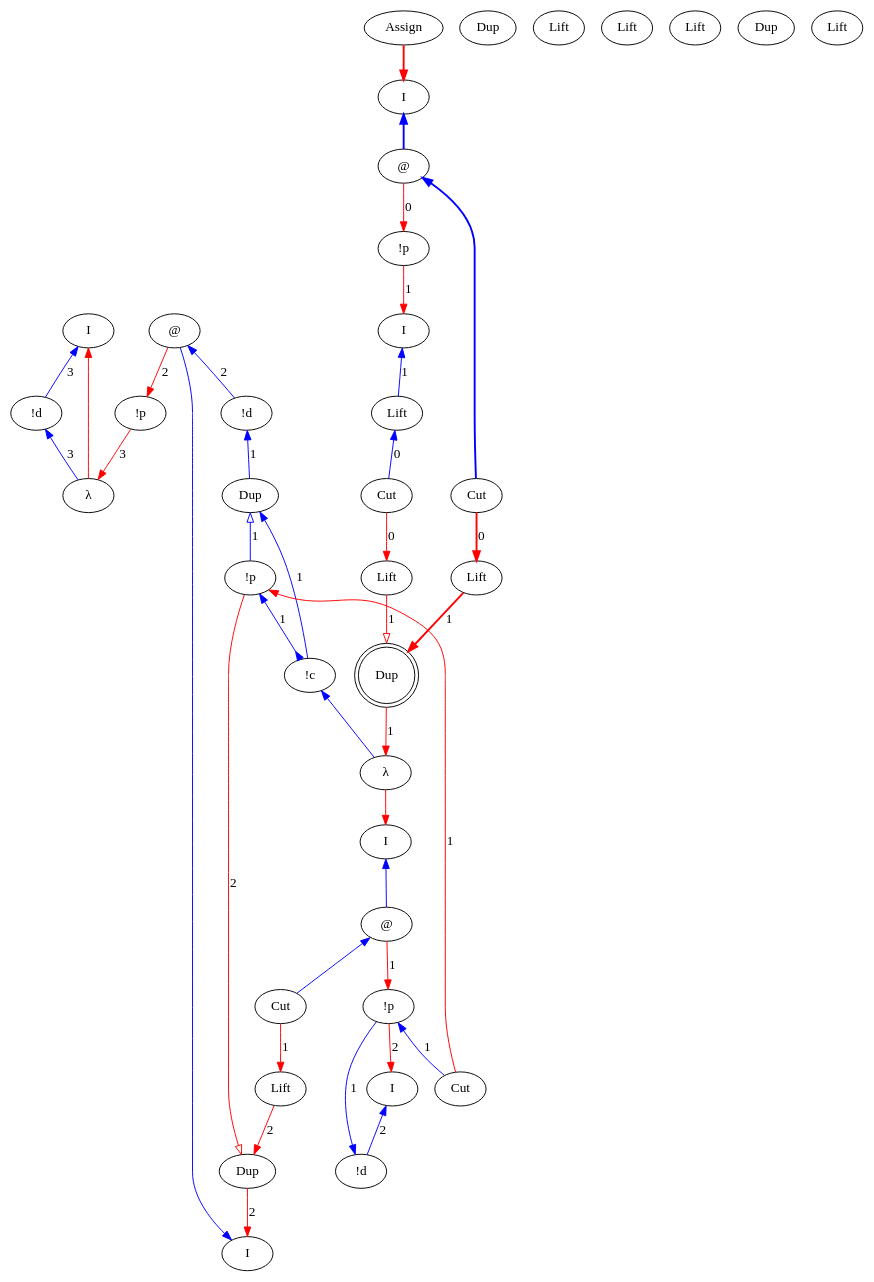
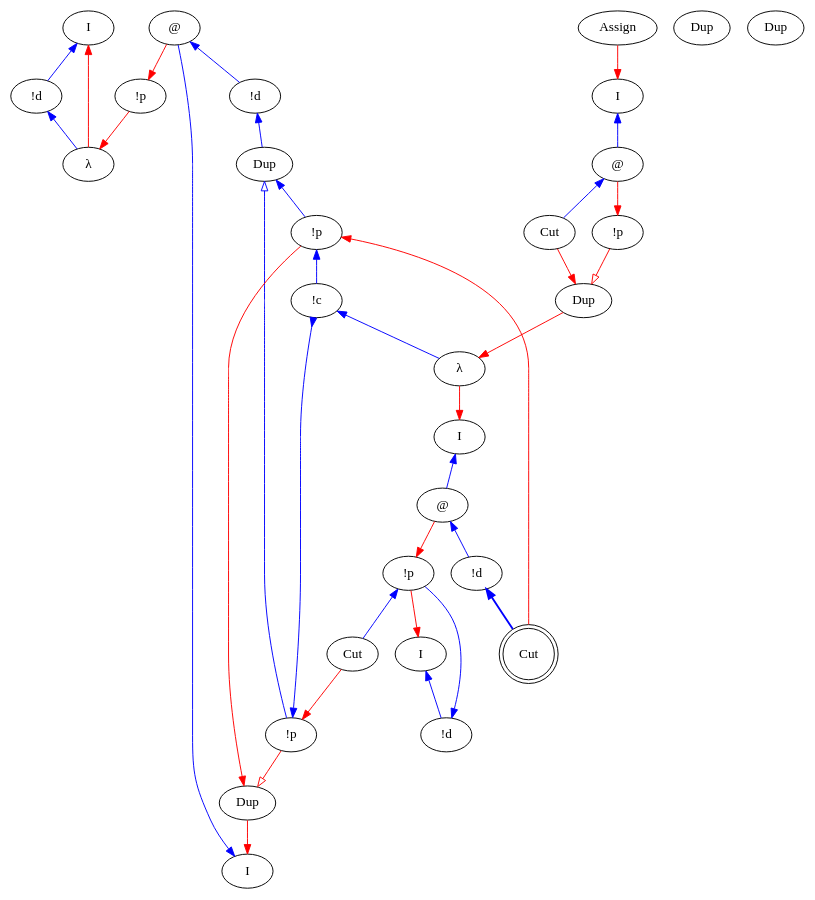
The diagram in src/core/graphs/example_m_13_l.dot (Mathnerd314/stroscot), drawn with Graphviz before and after one commit. The commit also changed 88 other files, not shown here.

```diff
--- a/src/core/graphs/example_m_13_l.dot
+++ b/src/core/graphs/example_m_13_l.dot
@@ -1,77 +1,66 @@
 digraph {
 rankdir="TB"
 "I0" [label="I"]
 "!d1" [label="!d"]
 "λ2" [label="λ"]
 "!p3" [label="!p"]
 "I4" [label="I"]
 "@5" [label="@"]
 "!d6" [label="!d"]
 "I7" [label="I"]
 "!d8" [label="!d"]
 "!p9" [label="!p"]
 "I10" [label="I"]
 "@11" [label="@"]
-"λ12" [label="λ"]
-"I13" [label="I"]
+"!d12" [label="!d"]
+"λ13" [label="λ"]
 "I14" [label="I"]
 "@15" [label="@"]
 "Assign16" [label="Assign"]
 "Dup17" [label="Dup"]
-"Dup18" [label="Dup",shape=doublecircle]
+"Dup18" [label="Dup"]
 "Cut19" [label="Cut"]
-"Lift20" [label="Lift"]
-"Lift21" [label="Lift"]
-"!p22" [label="!p"]
-"Cut23" [label="Cut"]
-"Lift24" [label="Lift"]
-"Lift25" [label="Lift"]
-"Lift26" [label="Lift"]
-"Lift27" [label="Lift"]
-"Dup28" [label="Dup"]
-"Dup29" [label="Dup"]
-"Dup30" [label="Dup"]
-"!p31" [label="!p"]
-"Cut32" [label="Cut"]
-"!c33" [label="!c"]
-"Cut34" [label="Cut"]
-"Lift35" [label="Lift"]
-"Lift36" [label="Lift"]
-"!p31" -> "!c33"[color=blue,weight=1,tooltip="h116",label="1",arrowtail=normal,arrowhead=inv,dir=both]
-"!c33" -> "λ12"[color=blue,weight=1,tooltip="h34",arrowtail=normal,arrowhead=none,dir=both]
-"Dup30" -> "!c33"[color=blue,weight=1,tooltip="hf107",label="1",arrowtail=normal,arrowhead=none,dir=both]
-"Dup30" -> "!p31"[color=blue,weight=1,tooltip="hf113",label="1",arrowtail=onormal,arrowhead=none,dir=both]
-"!d6" -> "Dup30"[color=blue,weight=1,tooltip="hf65",label="1",arrowtail=normal,arrowhead=none,dir=both]
-"!d1" -> "λ2"[color=blue,weight=1,tooltip="i81",label="3",arrowtail=normal,arrowhead=none,dir=both]
-"I0" -> "!d1"[color=blue,weight=1,tooltip="iret84",label="3",arrowtail=normal,arrowhead=none,dir=both]
-"I14" -> "@15"[color=blue,weight=1,tooltip="lret19",arrowtail=normal,arrowhead=none,penwidth=2,dir=both]
+"!p20" [label="!p"]
+"Dup21" [label="Dup"]
+"Dup22" [label="Dup"]
+"Dup23" [label="Dup"]
+"!p24" [label="!p"]
+"!p25" [label="!p"]
+"Cut26" [label="Cut",shape=doublecircle]
+"Cut27" [label="Cut"]
+"!c28" [label="!c"]
+"!p24" -> "!c28"[color=blue,weight=1,tooltip="h110",arrowtail=normal,arrowhead=none,dir=both]
+"!p25" -> "!c28"[color=blue,weight=1,tooltip="h116",arrowtail=normal,arrowhead=inv,dir=both]
+"!c28" -> "λ13"[color=blue,weight=1,tooltip="h34",arrowtail=normal,arrowhead=none,dir=both]
+"Dup23" -> "!p24"[color=blue,weight=1,tooltip="hf107",arrowtail=normal,arrowhead=none,dir=both]
+"Dup23" -> "!p25"[color=blue,weight=1,tooltip="hf113",arrowtail=onormal,arrowhead=none,dir=both]
+"!d6" -> "Dup23"[color=blue,weight=1,tooltip="hf65",arrowtail=normal,arrowhead=none,dir=both]
+"!d1" -> "λ2"[color=blue,weight=1,tooltip="i81",arrowtail=normal,arrowhead=none,dir=both]
+"I0" -> "!d1"[color=blue,weight=1,tooltip="iret84",arrowtail=normal,arrowhead=none,dir=both]
+"I14" -> "@15"[color=blue,weight=1,tooltip="lret19",arrowtail=normal,arrowhead=none,dir=both]
 "I10" -> "@11"[color=blue,weight=1,tooltip="lret53",arrowtail=normal,arrowhead=none,dir=both]
 "I4" -> "@5"[color=blue,weight=1,tooltip="lret75",arrowtail=normal,arrowhead=none,dir=both]
-"@15" -> "Cut19"[color=blue,weight=1,tooltip="lval14",arrowtail=normal,arrowhead=none,penwidth=2,dir=both]
-"@11" -> "Cut34"[color=blue,weight=1,tooltip="lval48",arrowtail=normal,arrowhead=none,dir=both]
-"@5" -> "!d6"[color=blue,weight=1,tooltip="lval70",label="2",arrowtail=normal,arrowhead=none,dir=both]
-"Cut32" -> "!p31"[color=red,weight=2,tooltip="newrret117",label="1",arrowhead=normal,arrowtail=none,dir=both]
-"@15" -> "!p22"[color=red,weight=2,tooltip="newrret18",label="0",arrowhead=normal,arrowtail=none,dir=both]
-"@11" -> "!p9"[color=red,weight=2,tooltip="newrret52",label="1",arrowhead=normal,arrowtail=none,dir=both]
-"@5" -> "!p3"[color=red,weight=2,tooltip="newrret74",label="2",arrowhead=normal,arrowtail=none,dir=both]
-"Lift36" -> "Dup29"[color=red,weight=2,tooltip="newrretf108",label="2",arrowhead=normal,arrowtail=none,dir=both]
-"!p31" -> "Dup29"[color=red,weight=2,tooltip="newrretf114",label="2",arrowhead=onormal,arrowtail=none,dir=both]
-"!p22" -> "I13"[color=red,weight=2,tooltip="newrretf23",label="1",arrowhead=normal,arrowtail=none,dir=both]
-"Dup18" -> "λ12"[color=red,weight=2,tooltip="newrretf31",label="1",arrowhead=normal,arrowtail=none,dir=both]
-"!p9" -> "I7"[color=red,weight=2,tooltip="newrretf57",label="2",arrowhead=normal,arrowtail=none,dir=both]
-"Dup29" -> "I4"[color=red,weight=2,tooltip="newrretf66",label="2",arrowhead=normal,arrowtail=none,dir=both]
-"!p3" -> "λ2"[color=red,weight=2,tooltip="newrretf78",label="3",arrowhead=normal,arrowtail=none,dir=both]
-"Lift21" -> "Dup18"[color=red,weight=2,tooltip="newrretf87",label="1",arrowhead=normal,arrowtail=none,penwidth=2,dir=both]
-"Lift27" -> "Dup18"[color=red,weight=2,tooltip="newrretf91",label="1",arrowhead=onormal,arrowtail=none,dir=both]
-"λ12" -> "I10"[color=red,weight=2,tooltip="ret42",arrowhead=normal,arrowtail=none,dir=both]
-"Assign16" -> "I14"[color=red,weight=2,tooltip="ret8",arrowhead=normal,arrowtail=none,penwidth=2,dir=both]
+"@15" -> "Cut19"[color=blue,weight=1,tooltip="lval14",arrowtail=normal,arrowhead=none,dir=both]
+"@11" -> "!d12"[color=blue,weight=1,tooltip="lval48",arrowtail=normal,arrowhead=none,dir=both]
+"@5" -> "!d6"[color=blue,weight=1,tooltip="lval70",arrowtail=normal,arrowhead=none,dir=both]
+"Cut26" -> "!p24"[color=red,weight=2,tooltip="newrret111",arrowhead=normal,arrowtail=none,dir=both]
+"Cut27" -> "!p25"[color=red,weight=2,tooltip="newrret117",arrowhead=normal,arrowtail=none,dir=both]
+"@15" -> "!p20"[color=red,weight=2,tooltip="newrret18",arrowhead=normal,arrowtail=none,dir=both]
+"@11" -> "!p9"[color=red,weight=2,tooltip="newrret52",arrowhead=normal,arrowtail=none,dir=both]
+"@5" -> "!p3"[color=red,weight=2,tooltip="newrret74",arrowhead=normal,arrowtail=none,dir=both]
+"!p24" -> "Dup22"[color=red,weight=2,tooltip="newrretf108",arrowhead=normal,arrowtail=none,dir=both]
+"!p25" -> "Dup22"[color=red,weight=2,tooltip="newrretf114",arrowhead=onormal,arrowtail=none,dir=both]
+"Dup18" -> "λ13"[color=red,weight=2,tooltip="newrretf31",arrowhead=normal,arrowtail=none,dir=both]
+"!p9" -> "I7"[color=red,weight=2,tooltip="newrretf57",arrowhead=normal,arrowtail=none,dir=both]
+"Dup22" -> "I4"[color=red,weight=2,tooltip="newrretf66",arrowhead=normal,arrowtail=none,dir=both]
+"!p3" -> "λ2"[color=red,weight=2,tooltip="newrretf78",arrowhead=normal,arrowtail=none,dir=both]
+"Cut19" -> "Dup18"[color=red,weight=2,tooltip="newrretf87",arrowhead=normal,arrowtail=none,dir=both]
+"!p20" -> "Dup18"[color=red,weight=2,tooltip="newrretf91",arrowhead=onormal,arrowtail=none,dir=both]
+"λ13" -> "I10"[color=red,weight=2,tooltip="ret42",arrowhead=normal,arrowtail=none,dir=both]
+"Assign16" -> "I14"[color=red,weight=2,tooltip="ret8",arrowhead=normal,arrowtail=none,dir=both]
 "λ2" -> "I0"[color=red,weight=2,tooltip="ret82",arrowhead=normal,arrowtail=none,dir=both]
-"Lift26" -> "Cut23"[color=blue,weight=1,tooltip="seqDE104",label="0",arrowtail=normal,arrowhead=none,dir=both]
-"Cut23" -> "Lift27"[color=red,weight=2,tooltip="seqDM102",label="0",arrowhead=normal,arrowtail=none,dir=both]
-"Cut34" -> "Lift36"[color=red,weight=2,tooltip="seqDM121",label="1",arrowhead=normal,arrowtail=none,dir=both]
-"Cut19" -> "Lift21"[color=red,weight=2,tooltip="seqDM96",label="0",arrowhead=normal,arrowtail=none,penwidth=2,dir=both]
-"I13" -> "Lift26"[color=blue,weight=1,tooltip="xret26",label="1",arrowtail=normal,arrowhead=none,dir=both]
-"!p9" -> "Cut32"[color=blue,weight=1,tooltip="yB44",label="1",arrowtail=normal,arrowhead=none,dir=both]
-"!d8" -> "!p9"[color=blue,weight=1,tooltip="yBf56",label="1",arrowtail=normal,arrowhead=none,dir=both]
-"I7" -> "!d8"[color=blue,weight=1,tooltip="yret60",label="2",arrowtail=normal,arrowhead=none,dir=both]
+"!d12" -> "Cut26"[color=blue,weight=1,tooltip="yA43",arrowtail=normal,arrowhead=none,penwidth=2,dir=both]
+"!p9" -> "Cut27"[color=blue,weight=1,tooltip="yB44",arrowtail=normal,arrowhead=none,dir=both]
+"!d8" -> "!p9"[color=blue,weight=1,tooltip="yBf56",arrowtail=normal,arrowhead=none,dir=both]
+"I7" -> "!d8"[color=blue,weight=1,tooltip="yret60",arrowtail=normal,arrowhead=none,dir=both]
 }
```
